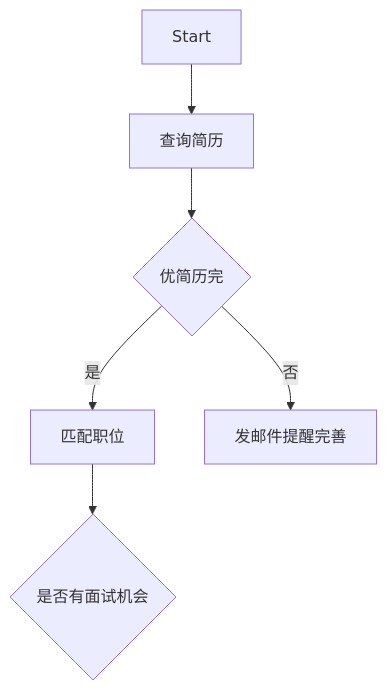
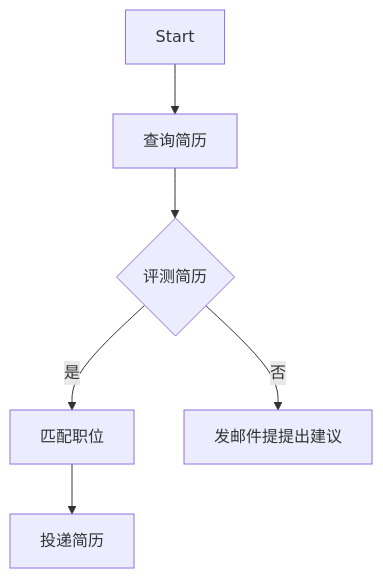
One commit to axzxs2001/Asp.NetCoreExperiment changed the second of 2 diagrams in Asp.NetCoreExperiment/SemanticKernelArticle/JobSearchMentor/steps.md. Above: the diagram before and after it, drawn with Mermaid. The commit also changed other lines of this file and 2 other files, not shown here.

````diff
--- a/Asp.NetCoreExperiment/SemanticKernelArticle/JobSearchMentor/steps.md
+++ b/Asp.NetCoreExperiment/SemanticKernelArticle/JobSearchMentor/steps.md
@@ -2,8 +30,8 @@
 ```Mermaid
 flowchart
     A[Start] --> B[查询简历]
-    B --> C{优简历完}
+    B --> C{评测简历}
     C -- 是 --> D[匹配职位]
-    C -- 否 --> E[发邮件提醒完善]
-    D --> F{是否有面试机会} 
+    C -- 否 --> E[发邮件提提出建议]
+    D --> F[投递简历] 
 ```
````
